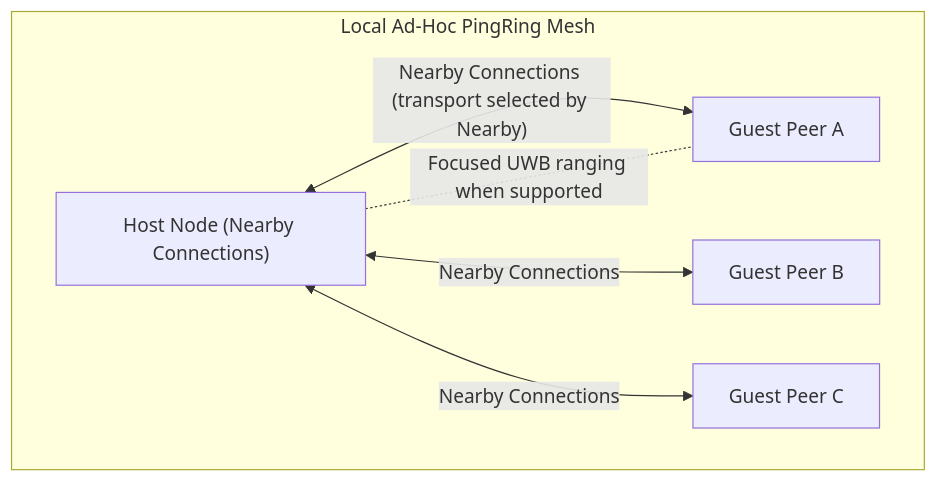
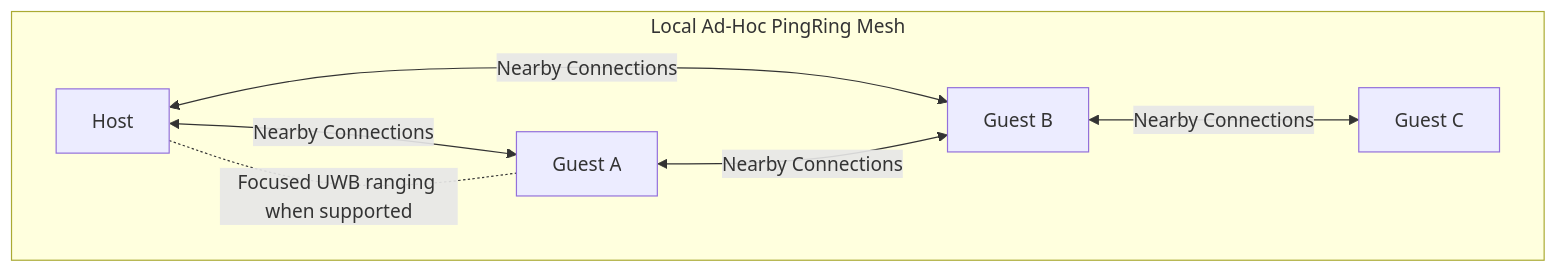
The diagram in docs/architecture.md (fkurevija/PingRing), drawn with Mermaid before and after one commit. The commit also changed other lines of this file and 30 other files, not shown here.

````diff
--- a/docs/architecture.md
+++ b/docs/architecture.md
@@ -9,14 +9,15 @@
 ```mermaid
 graph TD
     subgraph "Local Ad-Hoc PingRing Mesh"
-        Host["Host Node (Nearby Connections)"]
-        PeerA["Guest Peer A"]
-        PeerB["Guest Peer B"]
-        PeerC["Guest Peer C"]
+        Host["Host"]
+        PeerA["Guest A"]
+        PeerB["Guest B"]
+        PeerC["Guest C"]
 
-        Host <-->|"Nearby Connections (transport selected by Nearby)"| PeerA
+        Host <-->|"Nearby Connections"| PeerA
         Host <-->|"Nearby Connections"| PeerB
-        Host <-->|"Nearby Connections"| PeerC
+        PeerA <-->|"Nearby Connections"| PeerB
+        PeerB <-->|"Nearby Connections"| PeerC
         Host -.-|"Focused UWB ranging when supported"| PeerA
     end
 ```
````
